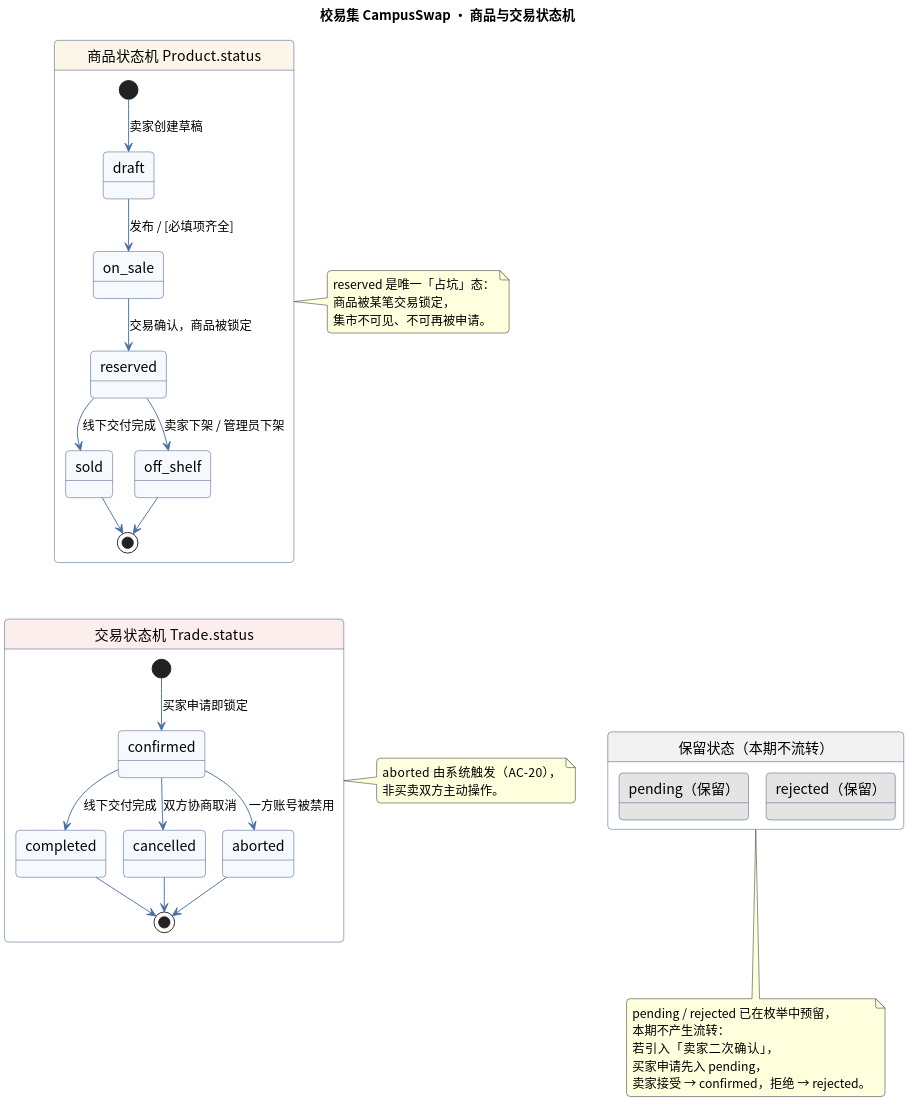
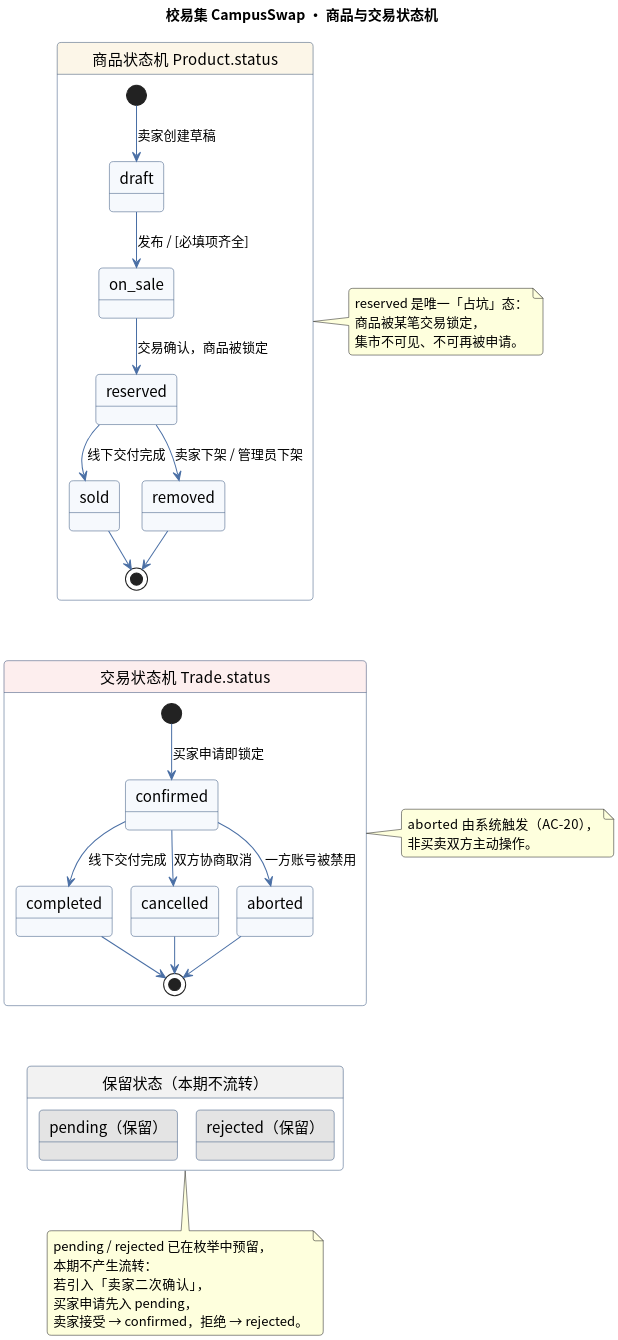
The diagram in docs/uml/08-state-product-trade.puml (LB-CC-summer/campusswap), drawn with PlantUML before and after one commit. The commit also changed 5 other files, not shown here.

Commit message:
docs(uml): 04/07/08 修正卖家接受口径与枚举，对齐 03 文档

```diff
--- a/docs/uml/08-state-product-trade.puml
+++ b/docs/uml/08-state-product-trade.puml
@@ -1,63 +1,63 @@
-@startuml 13-state-product-trade
+@startuml 08-state-product-trade
 ' 校易集 CampusSwap · 商品 / 交易 双状态机
 ' 说明：pending 与 rejected 为保留状态，本期不产生实际流转
-skinparam dpi 220
+skinparam dpi 235
 skinparam defaultFontName "Noto Sans CJK SC"
 skinparam shadowing false
 skinparam roundcorner 8
 skinparam stateFontSize 15
 skinparam ArrowFontSize 13
 skinparam ArrowColor #4A6FA5
 skinparam stateBorderColor #33507A
 skinparam stateBackgroundColor #F6F9FD
 
 title 校易集 CampusSwap · 商品与交易状态机
 
 state "商品状态机  Product.status" as PS #FCF6E8 {
   [*] --> draft : 卖家创建草稿
   draft --> on_sale : 发布 / [必填项齐全]
   on_sale --> reserved : 交易确认，商品被锁定
   reserved --> sold : 线下交付完成
-  reserved --> off_shelf : 卖家下架 / 管理员下架
+  reserved --> removed : 卖家下架 / 管理员下架
   sold --> [*]
-  off_shelf --> [*]
+  removed --> [*]
 }
 
 state "交易状态机  Trade.status" as TS #FDEEEE {
   [*] --> confirmed : 买家申请即锁定
   confirmed --> completed : 线下交付完成
   confirmed --> cancelled : 双方协商取消
   confirmed --> aborted : 一方账号被禁用
   completed --> [*]
   cancelled --> [*]
   aborted --> [*]
 }
 
 state "保留状态（本期不流转）" as Reserved #F2F2F2 {
   state "pending（保留）" as pending #E4E4E4
   state "rejected（保留）" as rejected #E4E4E4
 }
 
 PS -[hidden]down-> TS
-TS -[hidden]right-> Reserved
+TS -[hidden]down-> Reserved
 
 note right of PS
   reserved 是唯一「占坑」态：
   商品被某笔交易锁定，
   集市不可见、不可再被申请。
 end note
 
 note bottom of Reserved
   pending / rejected 已在枚举中预留，
   本期不产生流转：
   若引入「卖家二次确认」，
   买家申请先入 pending，
   卖家接受 → confirmed，拒绝 → rejected。
 end note
 
 note right of TS
   aborted 由系统触发（AC-20），
   非买卖双方主动操作。
 end note
 
 @enduml
```
